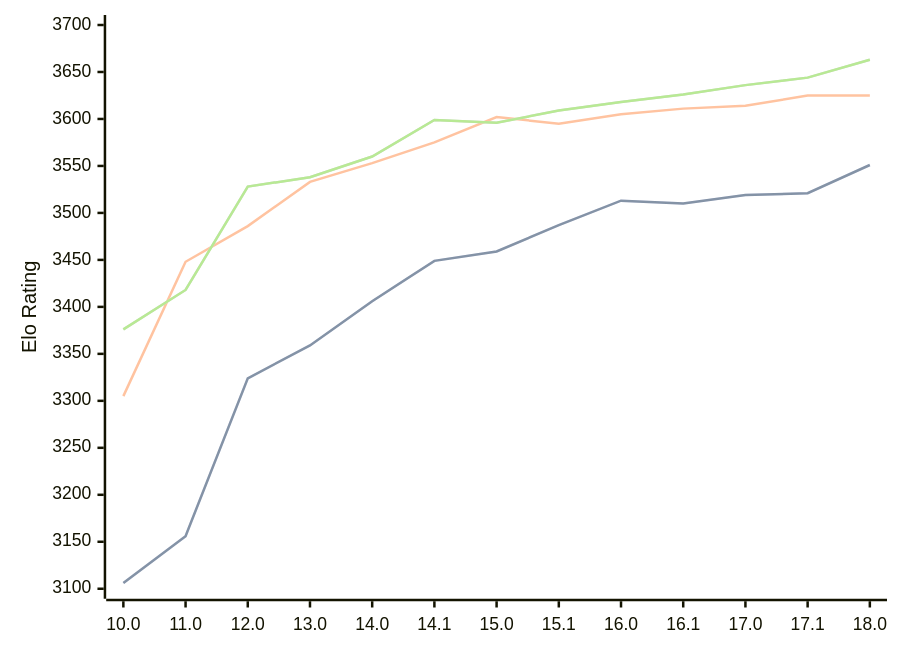
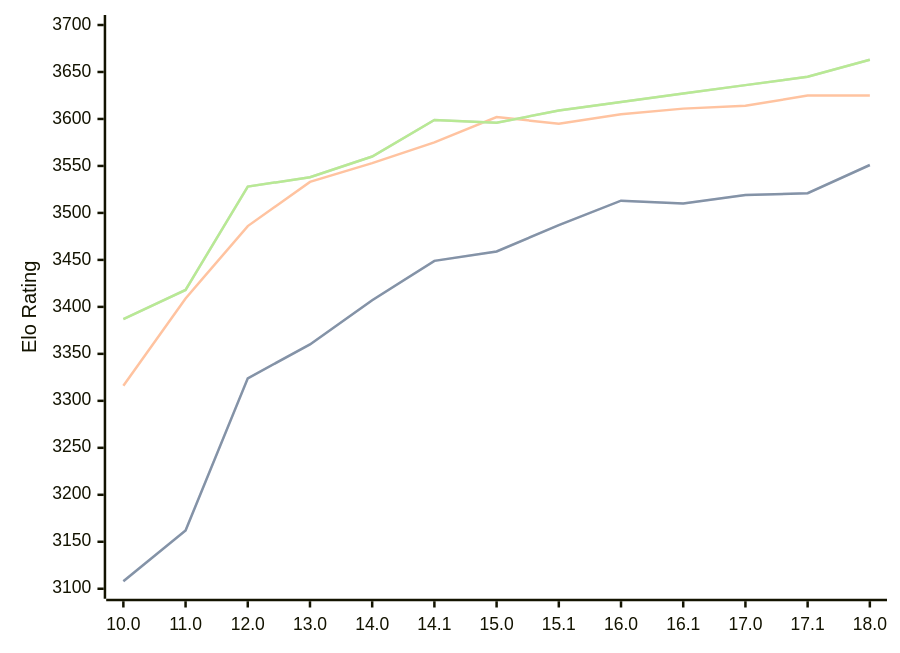
One commit to computer-chess-index/cci changed the diagram in engines/Stockfish.md. Above: the diagram before and after it, drawn with Mermaid. The commit also changed other lines of this file, not shown here.

Commit message:
Update CCI Ratings (ELO VLTC) - 2026-02-20

````diff
--- a/engines/Stockfish.md
+++ b/engines/Stockfish.md
@@ -42,11 +42,11 @@
 ```mermaid
 %%{init: {"theme":"base","themeVariables":{"seriesColors:['#a3a3a3','#222221','#faa371']}}}%%
 xychart-beta
   x-axis ["10.0", "11.0", "12.0", "13.0", "14.0", "14.1", "15.0", "15.1", "16.0", "16.1", "17.0", "17.1", "18.0"]
   y-axis "Elo Rating" 3100 --> 3700
-  line "STC (8.0+0.08s)" [3106, 3156, 3324, 3359, 3406, 3449, 3459, 3487, 3513, 3510, 3519, 3521, 3551]
-  line "STC (8.0+0.08s)" [3106, 3156, 3324, 3359, 3406, 3449, 3459, 3487, 3513, 3510, 3519, 3521, 3551]
-  line "LTC (60.0+0.60s)" [3305, 3448, 3486, 3533, 3553, 3575, 3602, 3595, 3605, 3611, 3614, 3625, 3625]
-  line "VLTC (2m24s+1.12s)" [3376, 3418, 3528, 3538, 3560, 3599, 3596, 3609, 3618, 3626, 3636, 3644, 3663]
-  line "VLTC (2m24s+1.12s)" [3376, 3418, 3528, 3538, 3560, 3599, 3596, 3609, 3618, 3626, 3636, 3644, 3663]
+  line "STC (8.0+0.08s)" [3108, 3162, 3324, 3360, 3407, 3449, 3459, 3487, 3513, 3510, 3519, 3521, 3551]
+  line "STC (8.0+0.08s)" [3108, 3162, 3324, 3360, 3407, 3449, 3459, 3487, 3513, 3510, 3519, 3521, 3551]
+  line "LTC (60.0+0.60s)" [3316, 3409, 3486, 3533, 3553, 3575, 3602, 3595, 3605, 3611, 3614, 3625, 3625]
+  line "VLTC (2m24s+1.12s)" [3387, 3418, 3528, 3538, 3560, 3599, 3596, 3609, 3618, 3627, 3636, 3645, 3663]
+  line "VLTC (2m24s+1.12s)" [3387, 3418, 3528, 3538, 3560, 3599, 3596, 3609, 3618, 3627, 3636, 3645, 3663]
 ```
````
